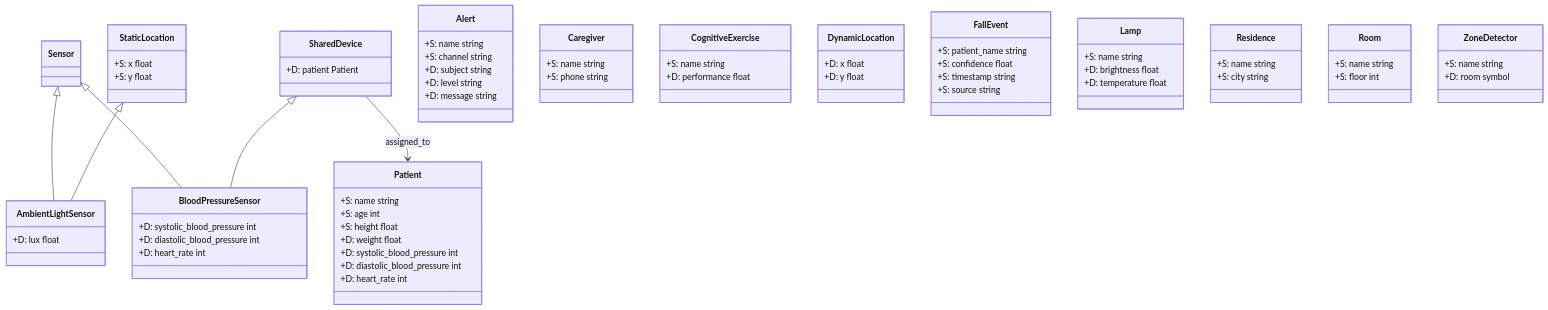
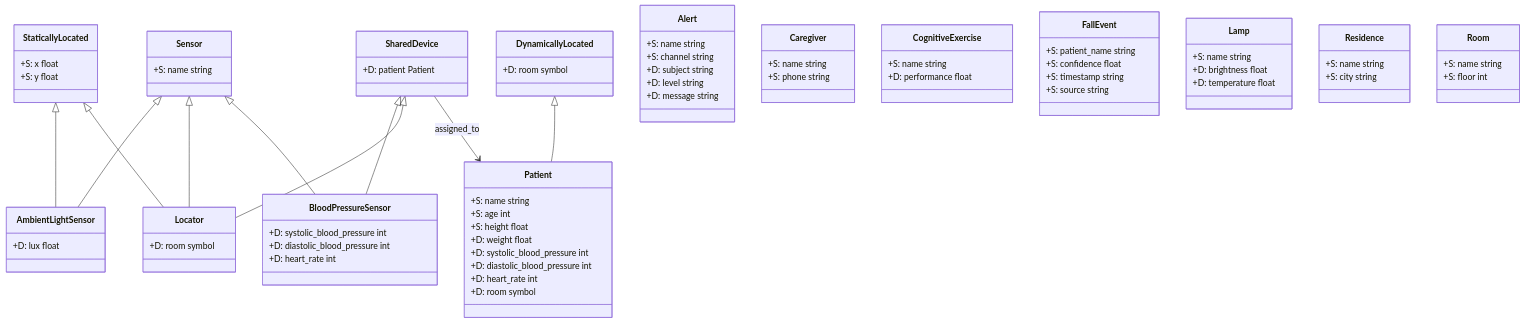
The diagram in classes/README.md (pstlab/ERMES), drawn with Mermaid before and after one commit. The commit also changed other lines of this file and 8 other files, not shown here.

Commit message:
feat: refactor location classes and update rules for fall detection and patient localization

````diff
--- a/classes/README.md
+++ b/classes/README.md
@@ -86,14 +86,20 @@
 ```mermaid
 classDiagram
 	direction TB
-	class Sensor
-	class StaticLocation {
+	class Sensor {
+        +S: name string
+    }
+	class StaticallyLocated {
 		+S: x float
 		+S: y float
+	}
+	class DynamicallyLocated {
+		+D: room symbol
 	}
 	class SharedDevice {
 		+D: patient Patient
 	}
+
 	class Patient {
 		+S: name string
 		+S: age int
@@ -102,6 +108,7 @@
 		+D: systolic_blood_pressure int
 		+D: diastolic_blood_pressure int
 		+D: heart_rate int
+        +D: room symbol
 	}
 
 	class AmbientLightSensor {
@@ -111,6 +118,9 @@
 		+D: systolic_blood_pressure int
 		+D: diastolic_blood_pressure int
 		+D: heart_rate int
+	}
+	class Locator {
+		+D: room symbol
 	}
 
 	class Alert {
@@ -127,10 +137,6 @@
 	class CognitiveExercise {
 		+S: name string
 		+D: performance float
-	}
-	class DynamicLocation {
-		+D: x float
-		+D: y float
 	}
 	class FallEvent {
 		+S: patient_name string
@@ -151,14 +157,14 @@
 		+S: name string
 		+S: floor int
 	}
-	class ZoneDetector {
-		+S: name string
-		+D: room symbol
-	}
 
 	Sensor <|-- AmbientLightSensor
-	StaticLocation <|-- AmbientLightSensor
+	StaticallyLocated <|-- AmbientLightSensor
+	Sensor <|-- Locator
+	StaticallyLocated <|-- Locator
 	Sensor <|-- BloodPressureSensor
 	SharedDevice <|-- BloodPressureSensor
+	SharedDevice <|-- Locator
+    DynamicallyLocated <|-- Patient
 	SharedDevice --> Patient : assigned_to
 ```
````
